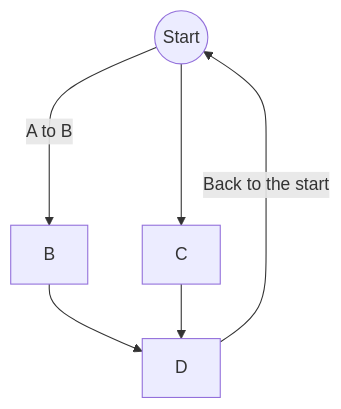
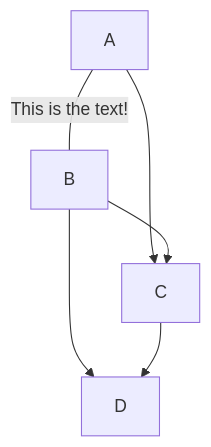
The diagram in README.md (gordoncm/ips), drawn with Mermaid before and after one commit. The commit also changed other lines of this file, not shown here.

````diff
--- a/README.md
+++ b/README.md
@@ -1,8 +38,8 @@
 ```mermaid
-flowchart TB;
-A((Start))--A to B--->B;
-A-->C;
-B-->D;
-C-->D;
-D--Back to the start--->A;
+  graph TD;
+      A-- This is the text! ---B;
+      A-->C;
+	  B -->C;
+      B-->D;
+      C-->D;
 ```
````
